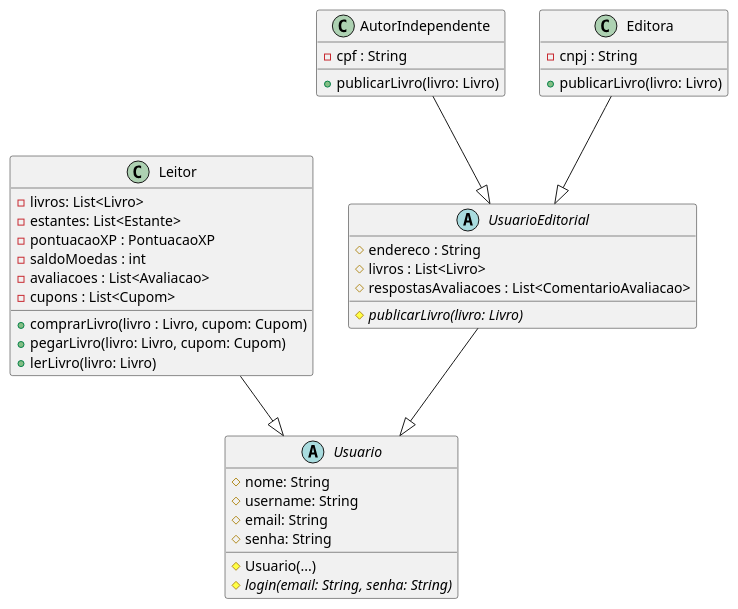
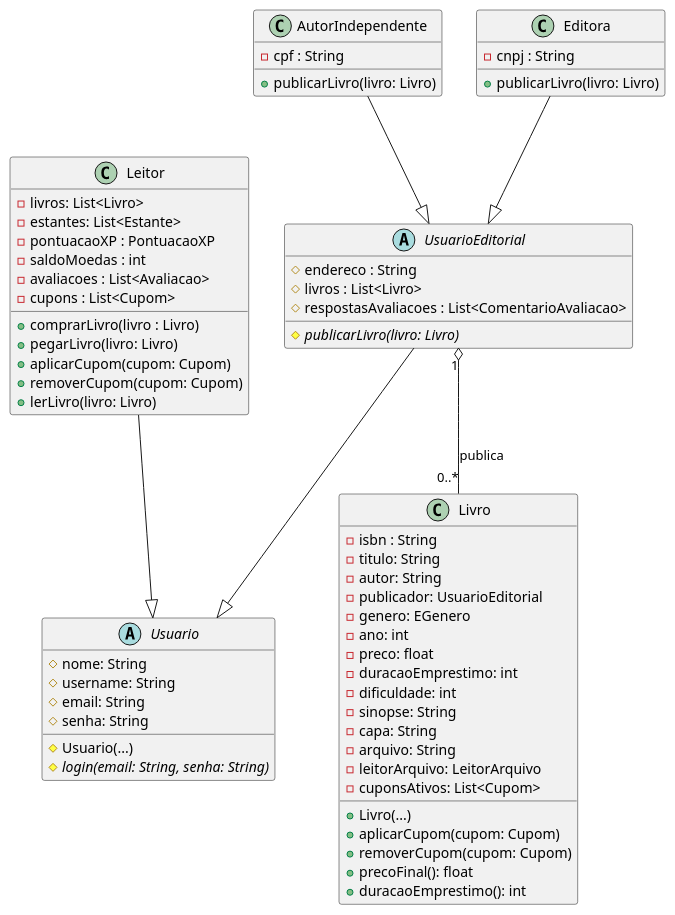
The diagram in docs/codigo-plantuml/diagrama-classe.puml (jalv21/iLib), drawn with PlantUML before and after one commit.

Commit message:
docs/criando classe Livro

```diff
--- a/docs/codigo-plantuml/diagrama-classe.puml
+++ b/docs/codigo-plantuml/diagrama-classe.puml
@@ -1,47 +1,74 @@
 @startuml diagrama-de-classes
 
 ' Usuários e suas funções e permissões no sistema
 
 abstract class Usuario {
     # nome: String
     # username: String
     # email: String
     # senha: String
     # Usuario(...)
     # login(email: String, senha: String) {abstract}
 }
 
 class Leitor {
     - livros: List<Livro>
     - estantes: List<Estante>
     - pontuacaoXP : PontuacaoXP
     - saldoMoedas : int
     - avaliacoes : List<Avaliacao>
     - cupons : List<Cupom>
-    + comprarLivro(livro : Livro, cupom: Cupom)
-    + pegarLivro(livro: Livro, cupom: Cupom)
+    + comprarLivro(livro : Livro)
+    + pegarLivro(livro: Livro)
+    + aplicarCupom(cupom: Cupom)
+    + removerCupom(cupom: Cupom)
     + lerLivro(livro: Livro)
 }
 Leitor --|> Usuario
 
 abstract class UsuarioEditorial {
     # endereco : String
     # livros : List<Livro>
     # respostasAvaliacoes : List<ComentarioAvaliacao>
     # publicarLivro(livro: Livro) {abstract}
 }
 UsuarioEditorial --|> Usuario
 
 class AutorIndependente {
     - cpf : String
     + publicarLivro(livro: Livro)
 }
 AutorIndependente --|> UsuarioEditorial
 
 class Editora {
     - cnpj : String
     + publicarLivro(livro: Livro) 
 }
 Editora --|> UsuarioEditorial
 
+' Livros, compras e empréstimos
+
+class Livro {
+    - isbn : String
+    - titulo: String
+    - autor: String
+    - publicador: UsuarioEditorial
+    - genero: EGenero
+    - ano: int
+    - preco: float
+    - duracaoEmprestimo: int
+    - dificuldade: int
+    - sinopse: String
+    - capa: String
+    - arquivo: String
+    - leitorArquivo: LeitorArquivo
+    - cuponsAtivos: List<Cupom>
+    + Livro(...)
+    + aplicarCupom(cupom: Cupom)
+    + removerCupom(cupom: Cupom)
+    + precoFinal(): float
+    + duracaoEmprestimo(): int
+}
+UsuarioEditorial "1" o-- "0..*" Livro : publica
+
 @enduml
```
